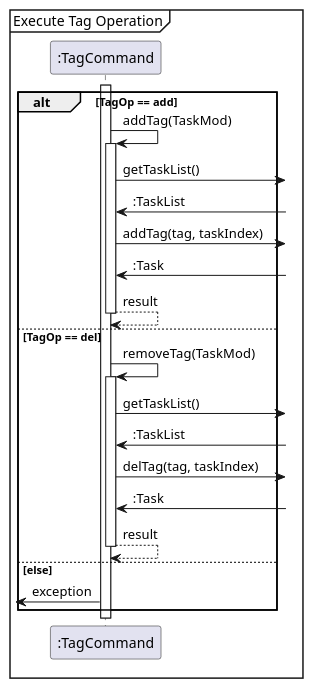
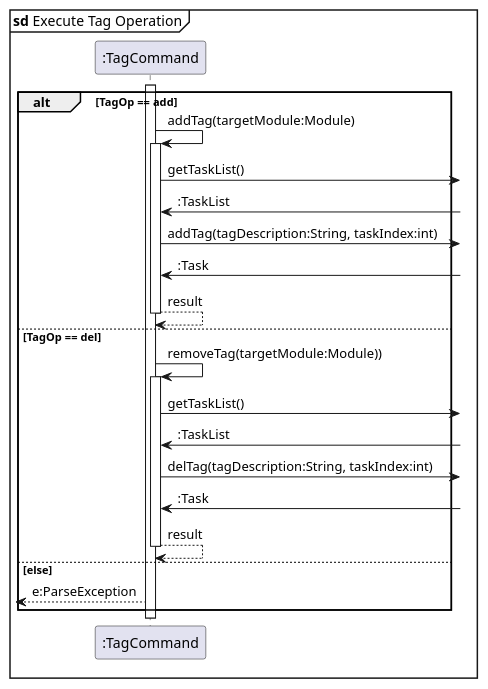
Before and after one commit to nus-cs2113-AY2122S2/tp: the diagram in docs/TagSeqDiagram/ExecuteTagOp.puml, drawn with PlantUML. The commit also changed 2 other files, not shown here.

```diff
--- a/docs/TagSeqDiagram/ExecuteTagOp.puml
+++ b/docs/TagSeqDiagram/ExecuteTagOp.puml
@@ -1,34 +1,34 @@
 @startuml
 'https://plantuml.com/sequence-diagram
 
 skinparam shadowing false
 participant ":TagCommand" as TagCommand
 
-mainframe Execute Tag Operation
+mainframe **sd** Execute Tag Operation
 
 activate TagCommand
 
 alt TagOp == add
-TagCommand -> TagCommand:addTag(TaskMod)
+TagCommand -> TagCommand:addTag(targetModule:Module)
 activate TagCommand
 TagCommand ->] :getTaskList()
 TagCommand <-] ::TaskList
-TagCommand ->] :addTag(tag, taskIndex)
+TagCommand ->] :addTag(tagDescription:String, taskIndex:int)
 TagCommand <-] ::Task
 return result
 
 else TagOp == del
-TagCommand -> TagCommand:removeTag(TaskMod)
+TagCommand -> TagCommand:removeTag(targetModule:Module))
 activate TagCommand
 TagCommand ->] :getTaskList()
 TagCommand <-] ::TaskList
-TagCommand ->] :delTag(tag, taskIndex)
+TagCommand ->] :delTag(tagDescription:String, taskIndex:int)
 TagCommand <-] ::Task
 return result
 
 else else
-[<- TagCommand:exception
+[<-- TagCommand:e:ParseException
 
 end
 
 @enduml
```
